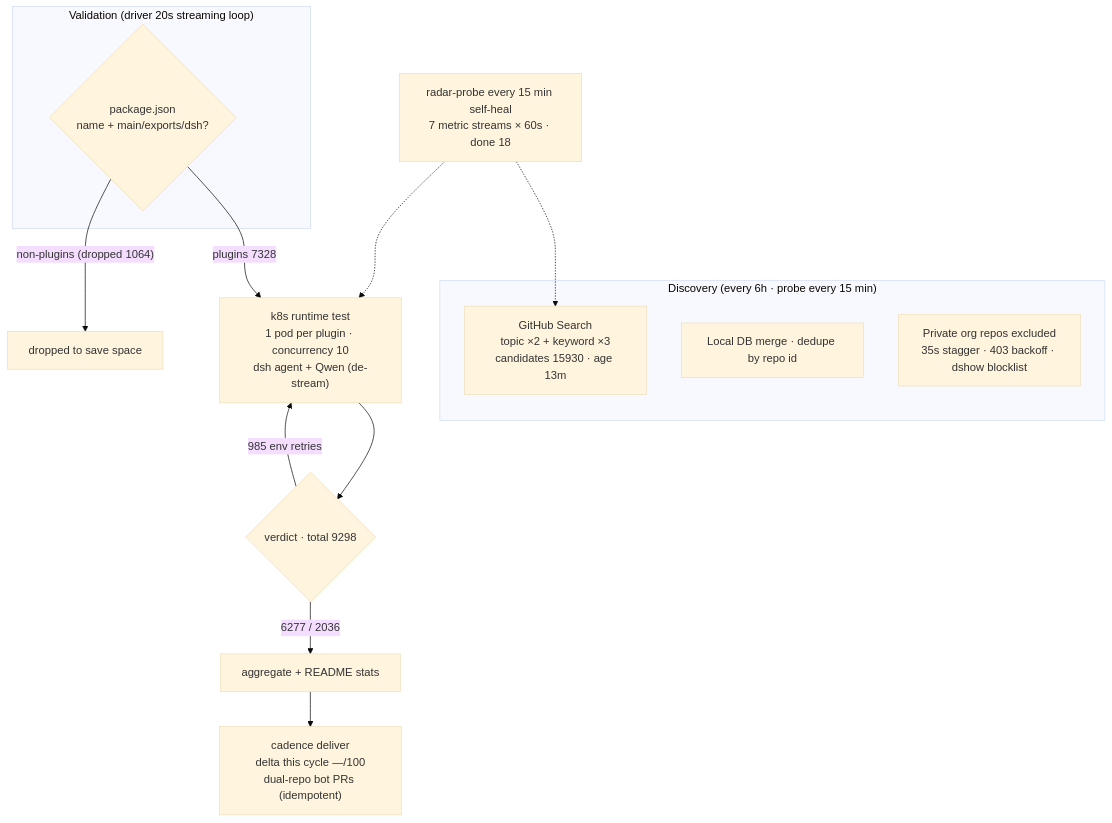
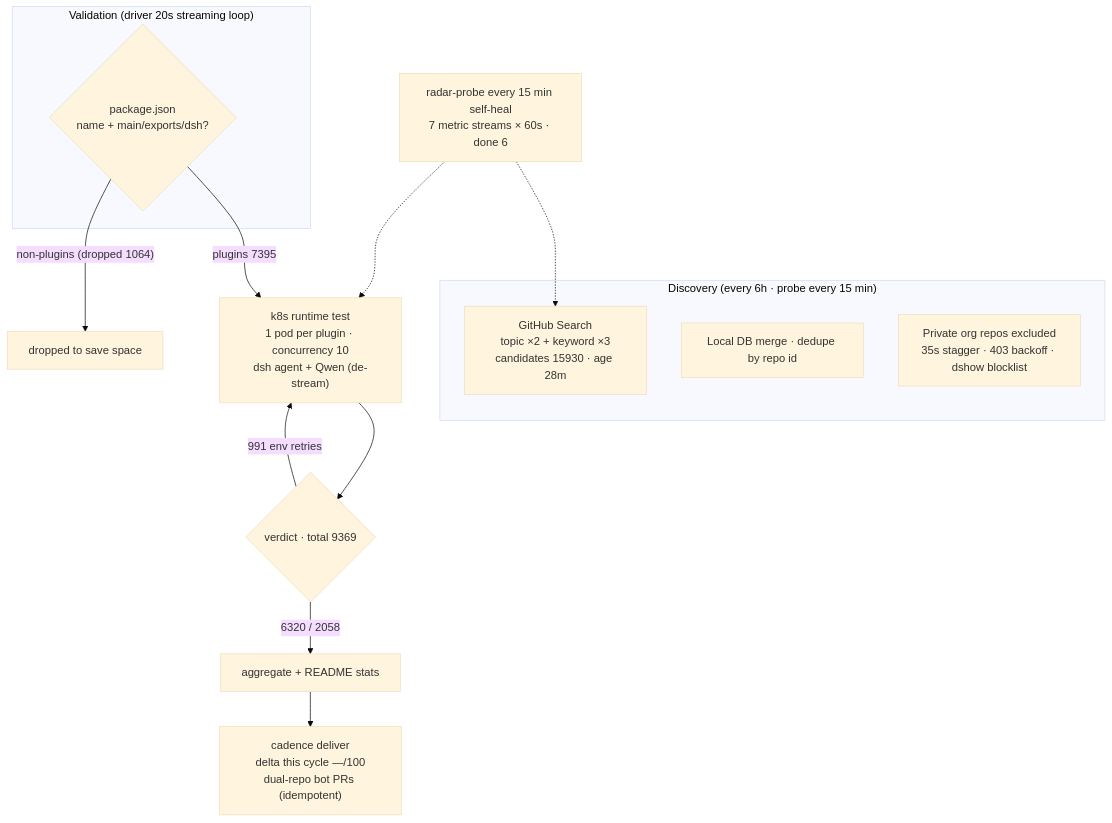
Before and after one commit to AdamPlatin123/awesome-dsh-plugins: the diagram in README.en-US.md, drawn with Mermaid (base theme). The commit also changed other lines of this file and 4 other files, not shown here.

````diff
--- a/README.en-US.md
+++ b/README.en-US.md
@@ -30,20 +30,20 @@
 ```mermaid
 flowchart TB
     subgraph Discovery["Discovery (every 6h · probe every 15 min)"]
-        A1["GitHub Search<br/>topic ×2 + keyword ×3<br/>candidates 15930 · age 13m"]
+        A1["GitHub Search<br/>topic ×2 + keyword ×3<br/>candidates 15930 · age 28m"]
         A2["Local DB merge · dedupe by repo id"]
         A3["Private org repos excluded<br/>35s stagger · 403 backoff · dshow blocklist"]
     end
     subgraph Validation["Validation (driver 20s streaming loop)"]
         B1{"package.json<br/>name + main/exports/dsh?"}
     end
-    B1 -->|"plugins 7328"| C1["k8s runtime test<br/>1 pod per plugin · concurrency 10<br/>dsh agent + Qwen (de-stream)"]
+    B1 -->|"plugins 7395"| C1["k8s runtime test<br/>1 pod per plugin · concurrency 10<br/>dsh agent + Qwen (de-stream)"]
     B1 -->|"non-plugins (dropped 1064)"| B3["dropped to save space"]
-    C1 --> D1{"verdict · total 9298"}
-    D1 -->|"6277 / 2036"| E1["aggregate + README stats"]
-    D1 -->|"985 env retries"| C1
+    C1 --> D1{"verdict · total 9369"}
+    D1 -->|"6320 / 2058"| E1["aggregate + README stats"]
+    D1 -->|"991 env retries"| C1
     E1 --> E2["cadence deliver<br/>delta this cycle —/100<br/>dual-repo bot PRs (idempotent)"]
-    M["radar-probe every 15 min self-heal<br/>7 metric streams × 60s · done 18"]
+    M["radar-probe every 15 min self-heal<br/>7 metric streams × 60s · done 6"]
     M -.-> A1
     M -.-> C1
 ```
````
